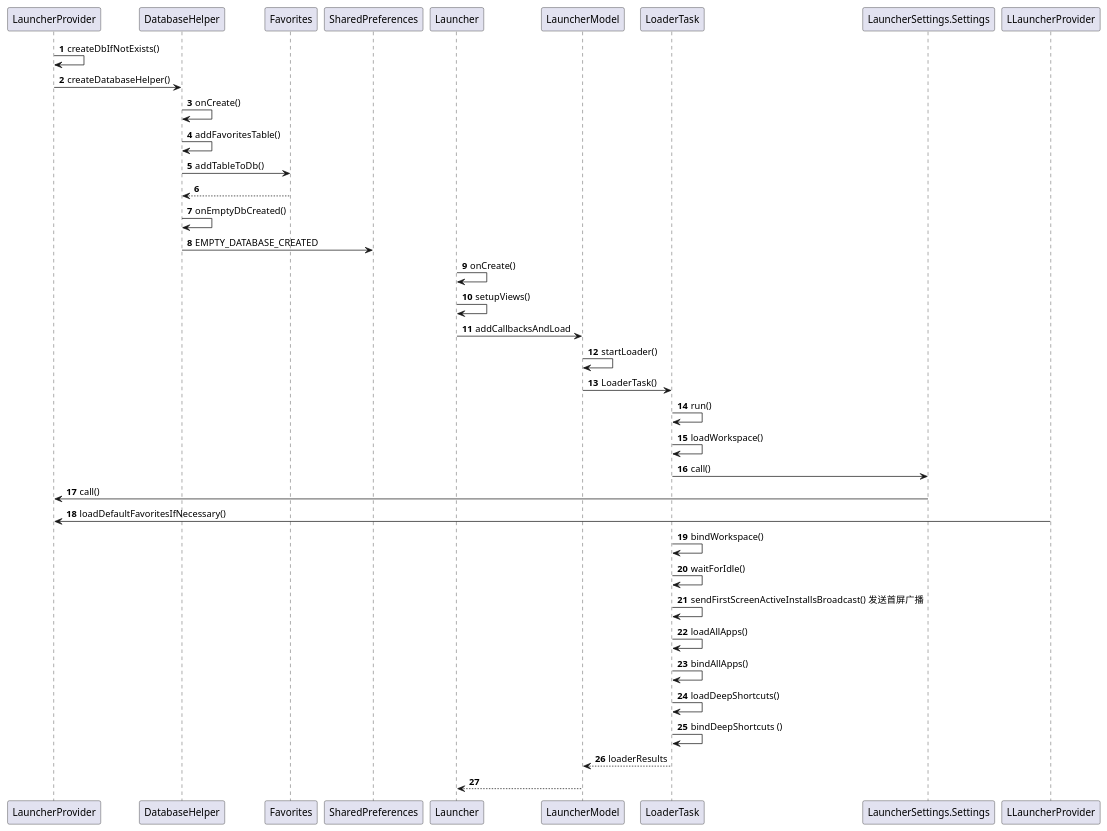
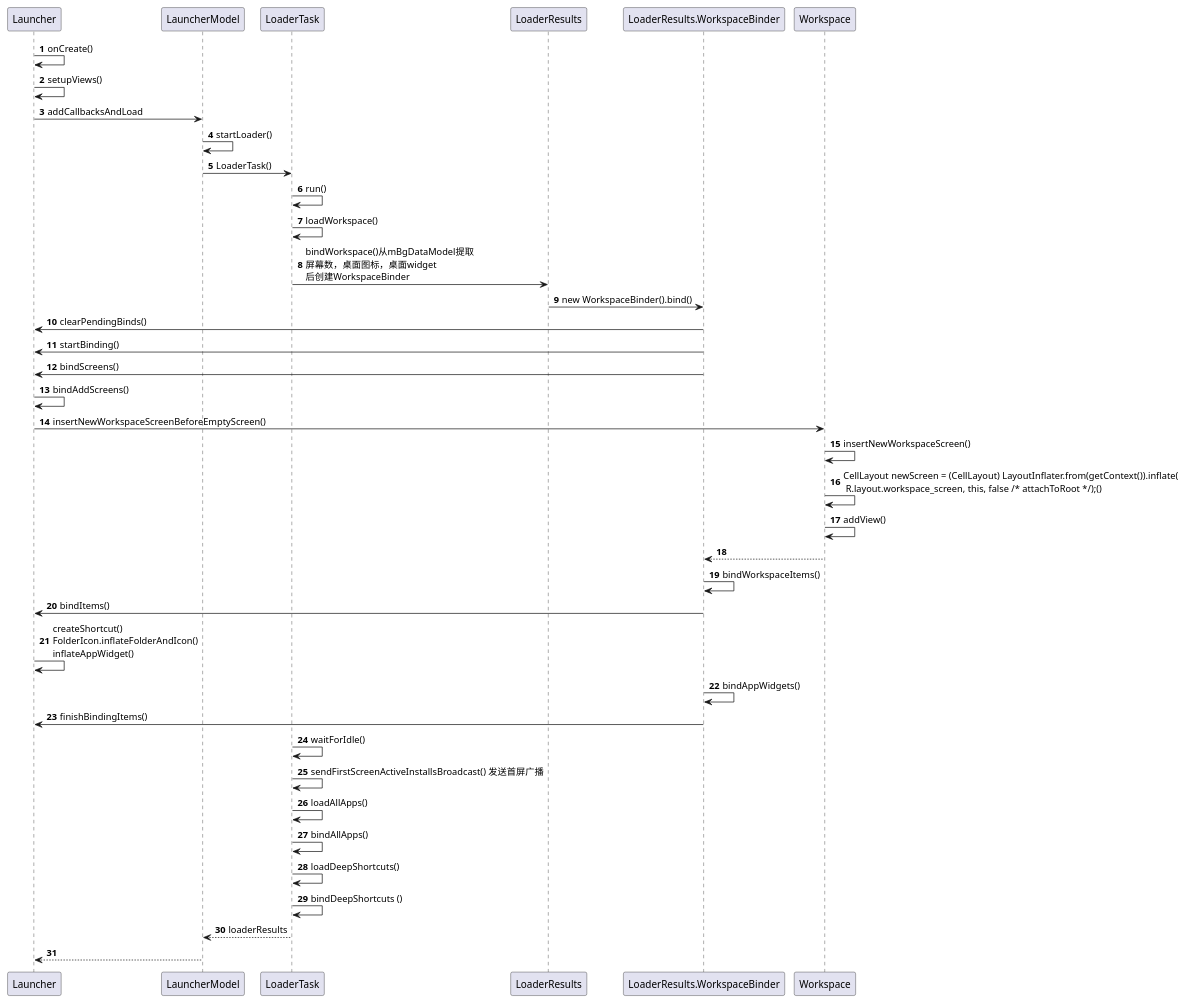
One commit to dakakodowalu/Launcher3Customization changed the diagram in src/com/android/launcher3/DataLoader.puml. Above: the diagram before and after it, drawn with PlantUML. The commit also changed 4 other files, not shown here.

Commit message:
DataLoader.puml (LoadWorkspace&BindWorkspace)

```diff
--- a/src/com/android/launcher3/DataLoader.puml
+++ b/src/com/android/launcher3/DataLoader.puml
@@ -1,41 +1,69 @@
 @startuml
 'https://plantuml.com/sequence-diagram
 
 autonumber
-
-LauncherProvider -> LauncherProvider: createDbIfNotExists()
-LauncherProvider -> DatabaseHelper: createDatabaseHelper()
-DatabaseHelper -> DatabaseHelper: onCreate()
-DatabaseHelper -> DatabaseHelper: addFavoritesTable()
-DatabaseHelper -> Favorites: addTableToDb()
-Favorites --> DatabaseHelper
-DatabaseHelper -> DatabaseHelper: onEmptyDbCreated()
-DatabaseHelper -> SharedPreferences: EMPTY_DATABASE_CREATED
-
-
-
-
 Launcher -> Launcher: onCreate()
 Launcher -> Launcher: setupViews()
 Launcher -> LauncherModel: addCallbacksAndLoad
 LauncherModel -> LauncherModel: startLoader()
 LauncherModel -> LoaderTask: LoaderTask()
 LoaderTask -> LoaderTask: run()
 
+
 LoaderTask -> LoaderTask: loadWorkspace()
-LoaderTask -> LauncherSettings.Settings: call()
-LauncherSettings.Settings -> LauncherProvider: call()
-LLauncherProvider -> LauncherProvider: loadDefaultFavoritesIfNecessary()
+'LoaderTask -> LauncherSettings.Settings: call()
+'LauncherSettings.Settings -> LauncherProvider: call()
+'
+'LauncherProvider -> LauncherProvider: createDbIfNotExists()数据库加载(call先调用也许)
+'LauncherProvider -> DatabaseHelper: createDatabaseHelper()
+'DatabaseHelper -> DatabaseHelper: onCreate()
+'DatabaseHelper -> DatabaseHelper: addFavoritesTable()
+'DatabaseHelper -> Favorites: addTableToDb()
+'Favorites --> DatabaseHelper
+'DatabaseHelper -> DatabaseHelper: onEmptyDbCreated()
+'DatabaseHelper -> SharedPreferences: EMPTY_DATABASE_CREATED
+'
+'LauncherProvider -> LauncherProvider: loadDefaultFavoritesIfNecessary()
+'LauncherProvider -> LauncherProvider: createWorkspaceLoaderFromAppRestriction()
+'LauncherProvider -> LauncherProvider.DatabaseHelper: createEmptyDB()
+'LauncherProvider -> LauncherProvider.DatabaseHelper: loadFavorites()
+'LauncherProvider -> LauncherProvider: clearFlagEmptyDbCreated()
+'
+'LauncherProvider -> LoaderCursor: LoaderCursor()
+'LauncherProvider -> LoaderCursor: markDeleted()(检查是否有效?无效删除)
+'LauncherProvider -> LoaderCursor: checkAndAddItem()(快捷方式3/Folder/widgets)
+'LauncherProvider -> IconCache: getTitlesAndIconsInBulk()
+'LauncherProvider -> IconRequestInfo: loadWorkspaceIcon()(加载图标的地方)
+'IconRequestInfo -> LauncherIcons: createIconBitmap()(加载图标的地方ShortcutIconResource/DB)
+'IconRequestInfo -> WorkspaceItemInfo: WorkspaceItemInfo.bitmap = iconInfo(更新图标)
+'LauncherProvider -> LoaderCursor: commitDeleted()
+'LauncherProvider -> LoaderCursor: commitRestoredItems()
+
+LoaderTask -> LoaderResults: bindWorkspace()从mBgDataModel提取\n屏幕数，桌面图标，桌面widget\n后创建WorkspaceBinder
+LoaderResults -> LoaderResults.WorkspaceBinder:new WorkspaceBinder().bind()
+LoaderResults.WorkspaceBinder -> Launcher:clearPendingBinds()
+LoaderResults.WorkspaceBinder -> Launcher:startBinding()
+LoaderResults.WorkspaceBinder -> Launcher:bindScreens()
+Launcher -> Launcher:bindAddScreens()
+Launcher -> Workspace:insertNewWorkspaceScreenBeforeEmptyScreen()
+Workspace -> Workspace:insertNewWorkspaceScreen()
+Workspace -> Workspace:CellLayout newScreen = (CellLayout) LayoutInflater.from(getContext()).inflate(\n R.layout.workspace_screen, this, false /* attachToRoot */);()
+Workspace -> Workspace:addView()
+Workspace --> LoaderResults.WorkspaceBinder
+LoaderResults.WorkspaceBinder -> LoaderResults.WorkspaceBinder:bindWorkspaceItems()
+LoaderResults.WorkspaceBinder -> Launcher:bindItems()
+Launcher -> Launcher:createShortcut()\nFolderIcon.inflateFolderAndIcon()\ninflateAppWidget()
+LoaderResults.WorkspaceBinder -> LoaderResults.WorkspaceBinder:bindAppWidgets()
+LoaderResults.WorkspaceBinder -> Launcher:finishBindingItems()
 
 
-LoaderTask -> LoaderTask: bindWorkspace()
 LoaderTask -> LoaderTask: waitForIdle()
 LoaderTask -> LoaderTask: sendFirstScreenActiveInstallsBroadcast() 发送首屏广播
 LoaderTask -> LoaderTask: loadAllApps()
 LoaderTask -> LoaderTask: bindAllApps()
 LoaderTask -> LoaderTask: loadDeepShortcuts()
 LoaderTask -> LoaderTask: bindDeepShortcuts ()
 LoaderTask --> LauncherModel: loaderResults
 LauncherModel --> Launcher
 
 @enduml
```
